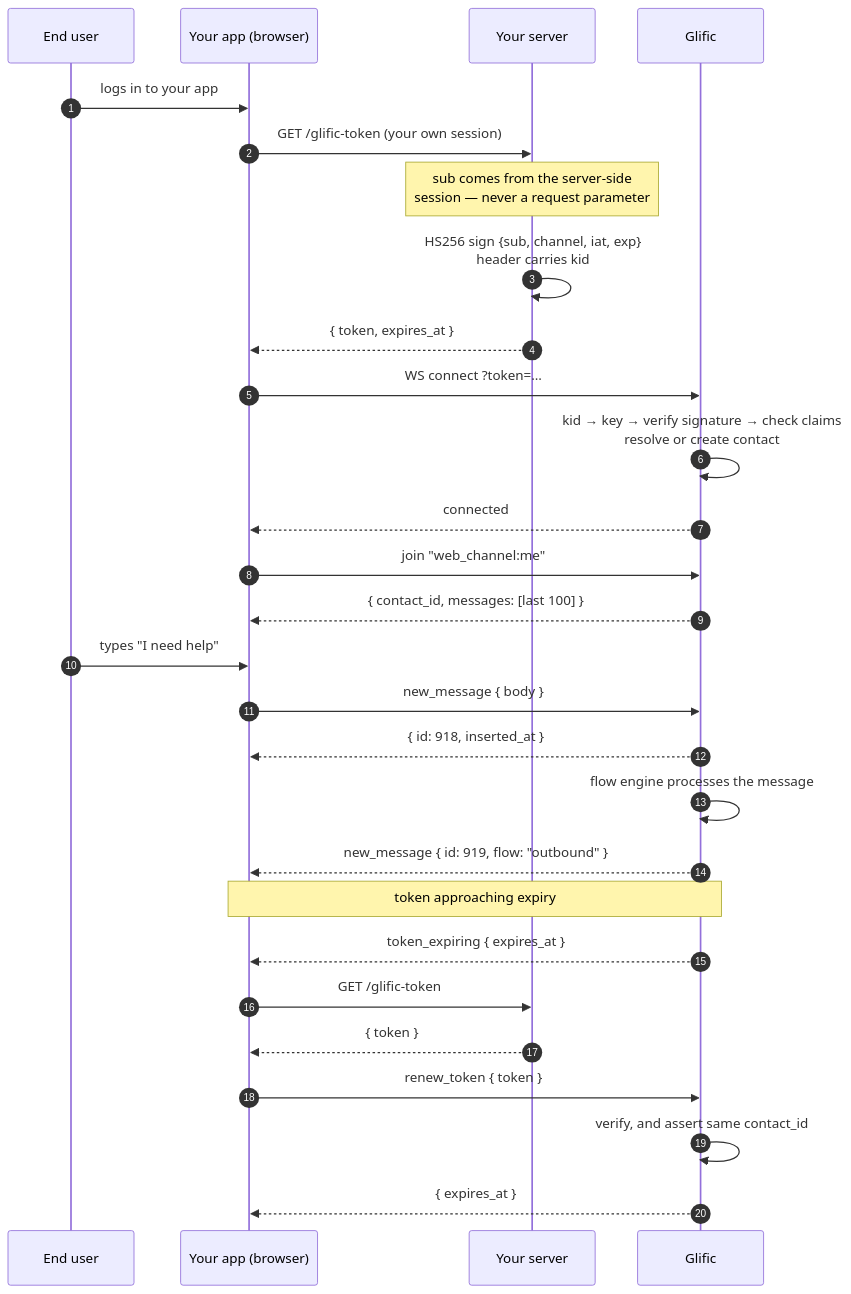
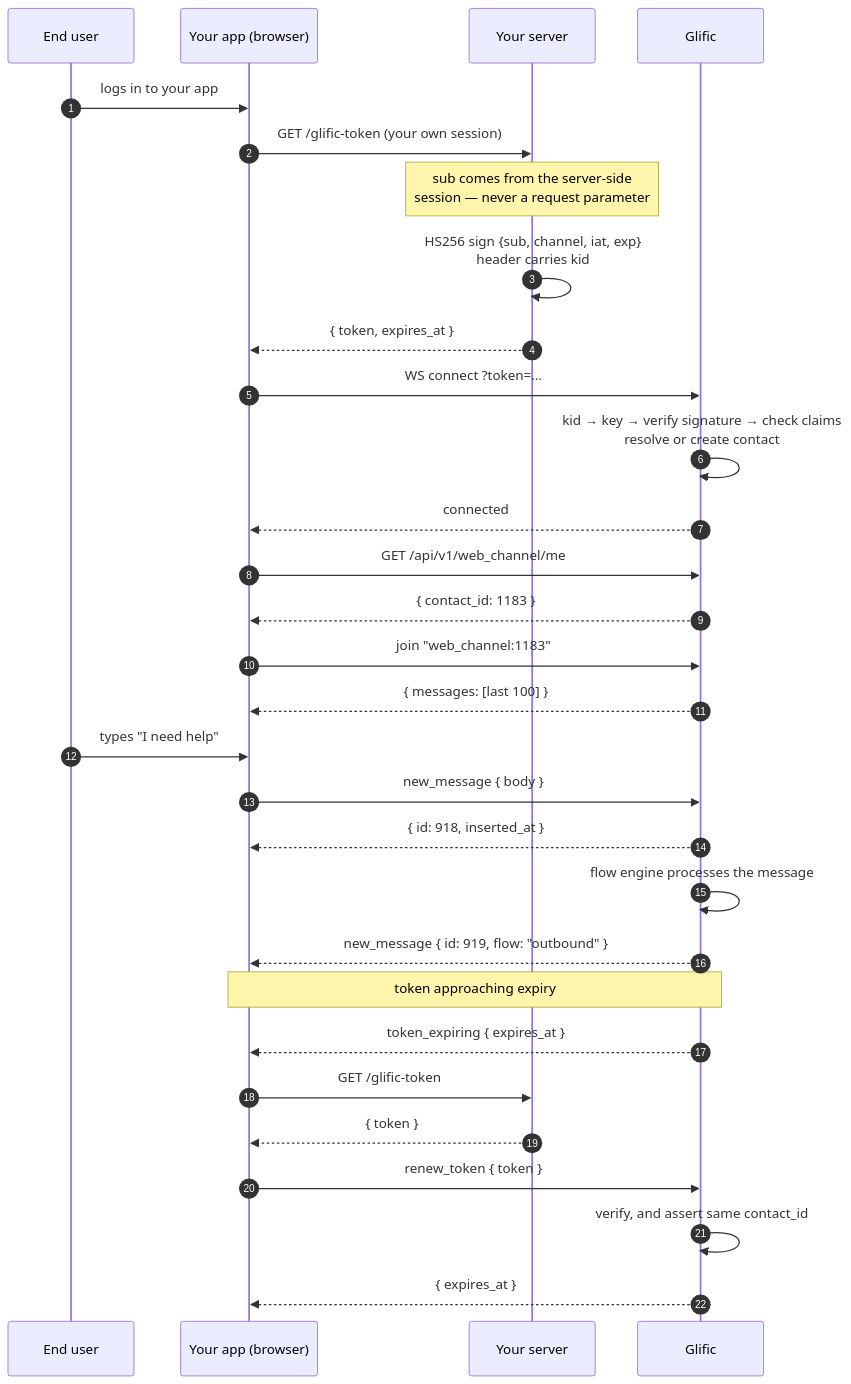
The diagram in plans/web-channel/ngo-api-integration.md (glific/glific), drawn with Mermaid before and after one commit. The commit also changed other lines of this file and 1 other file, not shown here.

First line of the commit message:
docs(web-channel): revert to per-contact socket topic, add GET /me

````diff
--- a/plans/web-channel/ngo-api-integration.md
+++ b/plans/web-channel/ngo-api-integration.md
@@ -587,35 +602,37 @@
 ```mermaid
 sequenceDiagram
     autonumber
     participant U as End user
     participant A as Your app (browser)
     participant S as Your server
     participant G as Glific
 
     U->>A: logs in to your app
     A->>S: GET /glific-token  (your own session)
     Note over S: sub comes from the server-side<br/>session — never a request parameter
     S->>S: HS256 sign {sub, channel, iat, exp}<br/>header carries kid
     S-->>A: { token, expires_at }
 
     A->>G: WS connect ?token=…
     G->>G: kid → key → verify signature → check claims<br/>resolve or create contact
     G-->>A: connected
 
-    A->>G: join "web_channel:me"
-    G-->>A: { contact_id, messages: [last 100] }
+    A->>G: GET /api/v1/web_channel/me
+    G-->>A: { contact_id: 1183 }
+    A->>G: join "web_channel:1183"
+    G-->>A: { messages: [last 100] }
 
     U->>A: types "I need help"
     A->>G: new_message { body }
     G-->>A: { id: 918, inserted_at }
     G->>G: flow engine processes the message
     G-->>A: new_message { id: 919, flow: "outbound" }
 
     Note over G,A: token approaching expiry
     G-->>A: token_expiring { expires_at }
     A->>S: GET /glific-token
     S-->>A: { token }
     A->>G: renew_token { token }
     G->>G: verify, and assert same contact_id
     G-->>A: { expires_at }
 ```
````
